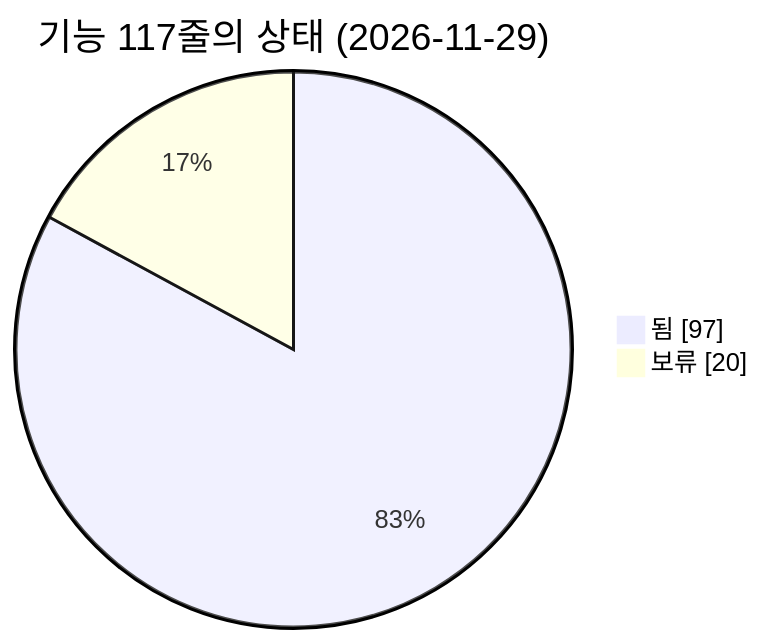
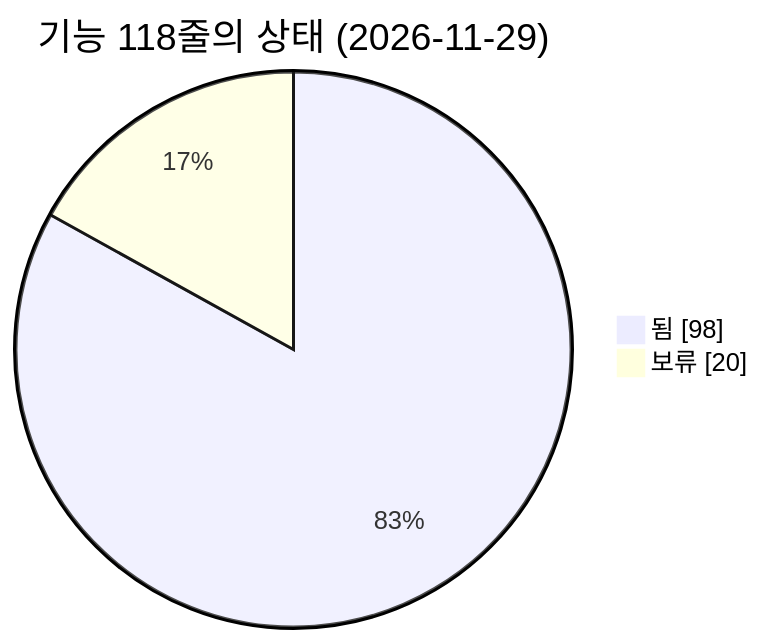
The first of 4 diagrams in docs/map/feature-map.md (agent-ddalgi-team/final-geosan), drawn with Mermaid before and after one commit. The commit also changed other lines of this file and 5 other files, not shown here.

````diff
--- a/docs/map/feature-map.md
+++ b/docs/map/feature-map.md
@@ -109,6 +110,6 @@
 ```mermaid
 pie showData
-    title 기능 117줄의 상태 (2026-11-29)
-    "됨" : 97
+    title 기능 118줄의 상태 (2026-11-29)
+    "됨" : 98
     "보류" : 20
 ```
````
